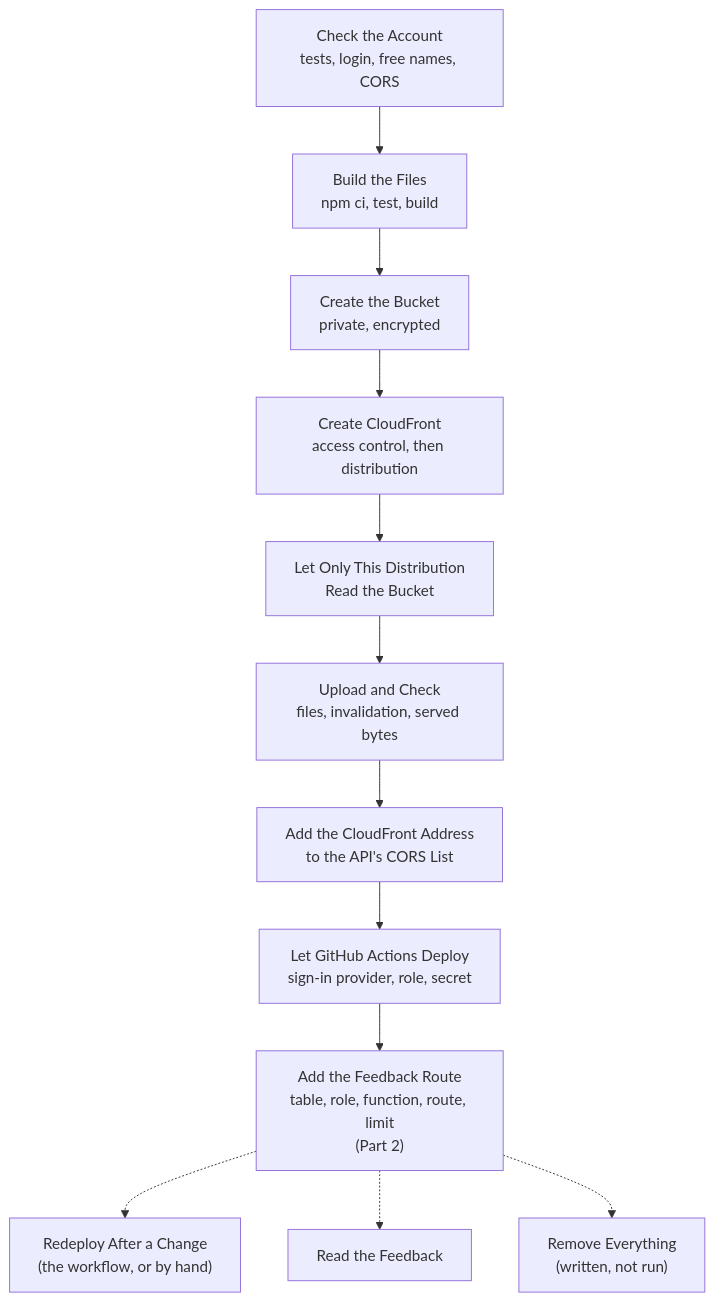
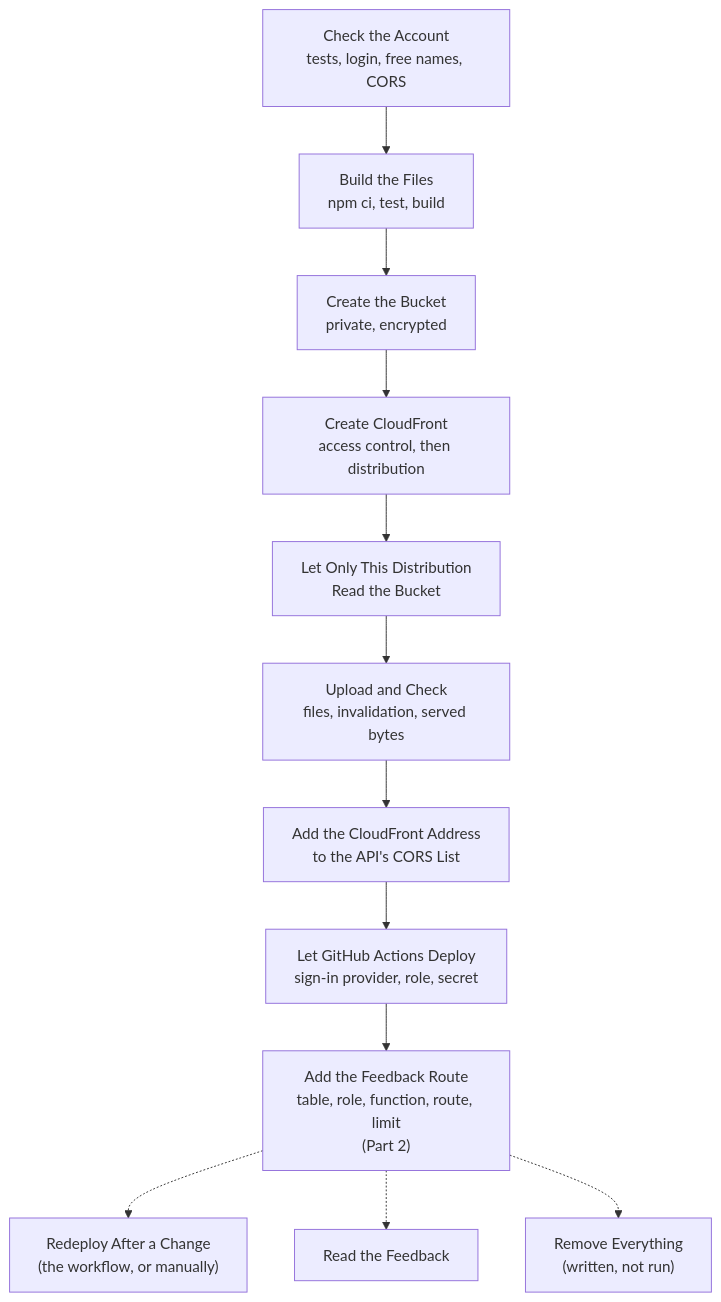
The diagram in docs/implementation/phase-5/deployment-guide.md (jconnors23/510-m3-nfl-prediction-analytics), drawn with Mermaid before and after one commit. The commit also changed other lines of this file and 47 other files, not shown here.

````diff
--- a/docs/implementation/phase-5/deployment-guide.md
+++ b/docs/implementation/phase-5/deployment-guide.md
@@ -12,14 +12,14 @@
 ```mermaid
 flowchart TB
     A["Check the Account<br/>tests, login, free names, CORS"] --> B["Build the Files<br/>npm ci, test, build"]
     B --> C["Create the Bucket<br/>private, encrypted"]
     C --> D["Create CloudFront<br/>access control, then distribution"]
     D --> E["Let Only This Distribution<br/>Read the Bucket"]
     E --> F["Upload and Check<br/>files, invalidation, served bytes"]
     F --> G["Add the CloudFront Address<br/>to the API's CORS List"]
     G --> J["Let GitHub Actions Deploy<br/>sign-in provider, role, secret"]
     J --> K["Add the Feedback Route<br/>table, role, function, route, limit<br/>(Part 2)"]
-    K -.-> H["Redeploy After a Change<br/>(the workflow, or by hand)"]
+    K -.-> H["Redeploy After a Change<br/>(the workflow, or manually)"]
     K -.-> L["Read the Feedback"]
     K -.-> I["Remove Everything<br/>(written, not run)"]
 ```
````
